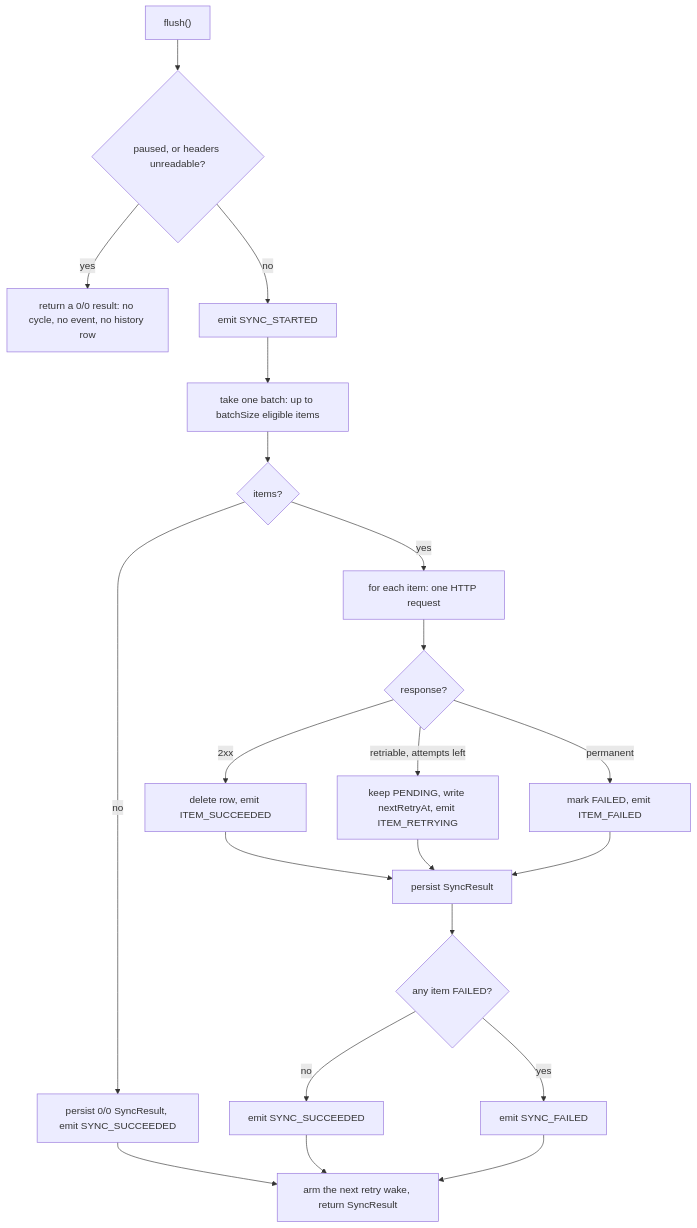
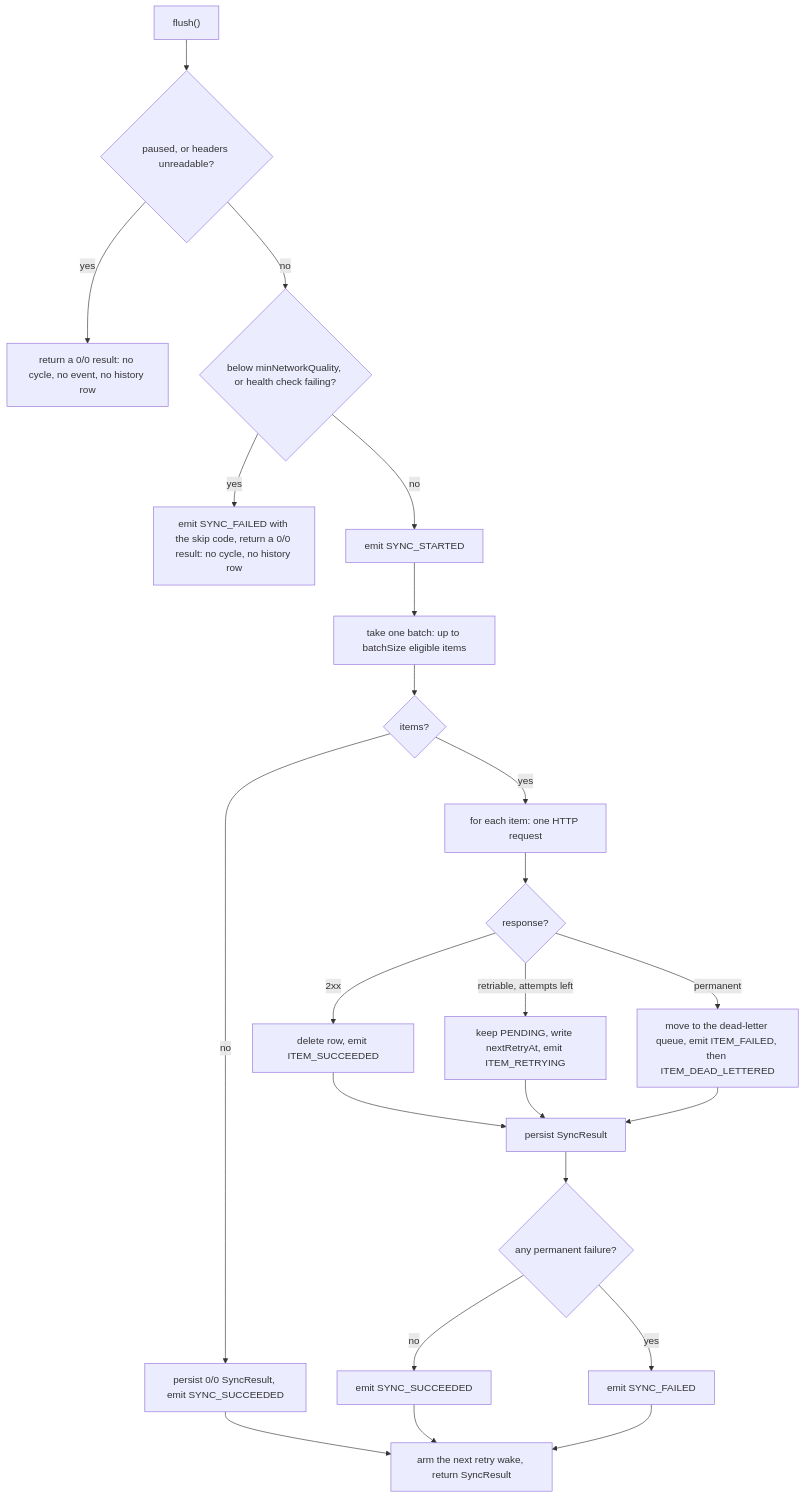
Before and after one commit to gabriel-sisjr/react-native-sync-provider: the third of 6 diagrams in website/docs/architecture/data-flow.md, drawn with Mermaid. The commit also changed other lines of this file and 23 other files, not shown here.

First line of the commit message:
docs(website): document network quality, health checks and dead letters

````diff
--- a/website/docs/architecture/data-flow.md
+++ b/website/docs/architecture/data-flow.md
@@ -80,23 +80,25 @@
 ```mermaid
 flowchart TD
     A["flush()"] --> B{paused, or headers unreadable?}
     B -- yes --> Z[return a 0/0 result: no cycle, no event, no history row]
-    B -- no --> C[emit SYNC_STARTED]
+    B -- no --> Q{below minNetworkQuality, or health check failing?}
+    Q -- yes --> Y[emit SYNC_FAILED with the skip code, return a 0/0 result: no cycle, no history row]
+    Q -- no --> C[emit SYNC_STARTED]
     C --> D[take one batch: up to batchSize eligible items]
     D --> E{items?}
     E -- no --> F[persist 0/0 SyncResult, emit SYNC_SUCCEEDED]
     E -- yes --> G[for each item: one HTTP request]
     G --> H{response?}
     H -- 2xx --> I[delete row, emit ITEM_SUCCEEDED]
     H -- retriable, attempts left --> J[keep PENDING, write nextRetryAt, emit ITEM_RETRYING]
-    H -- permanent --> K[mark FAILED, emit ITEM_FAILED]
+    H -- permanent --> K[move to the dead-letter queue, emit ITEM_FAILED, then ITEM_DEAD_LETTERED]
     I --> L[persist SyncResult]
     J --> L
     K --> L
-    L --> M{any item FAILED?}
+    L --> M{any permanent failure?}
     M -- no --> N[emit SYNC_SUCCEEDED]
     M -- yes --> O[emit SYNC_FAILED]
     F --> P[arm the next retry wake, return SyncResult]
     N --> P
     O --> P
 ```
````
